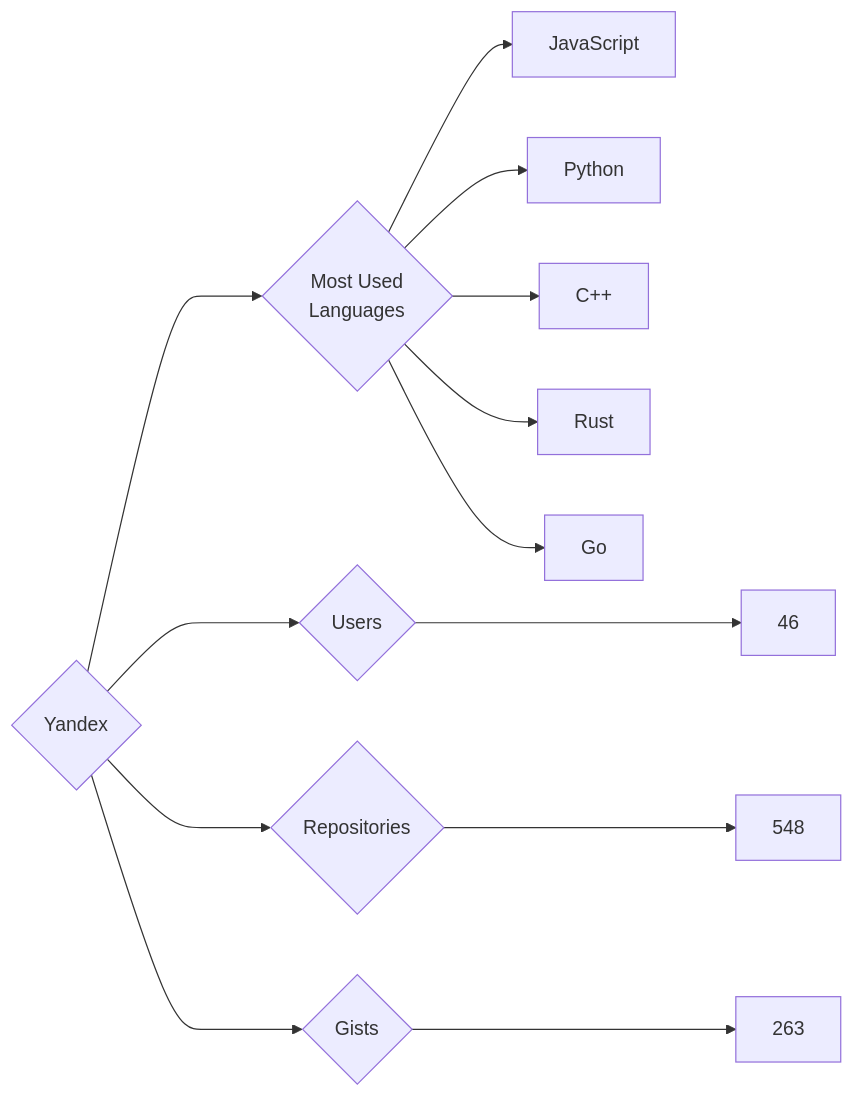
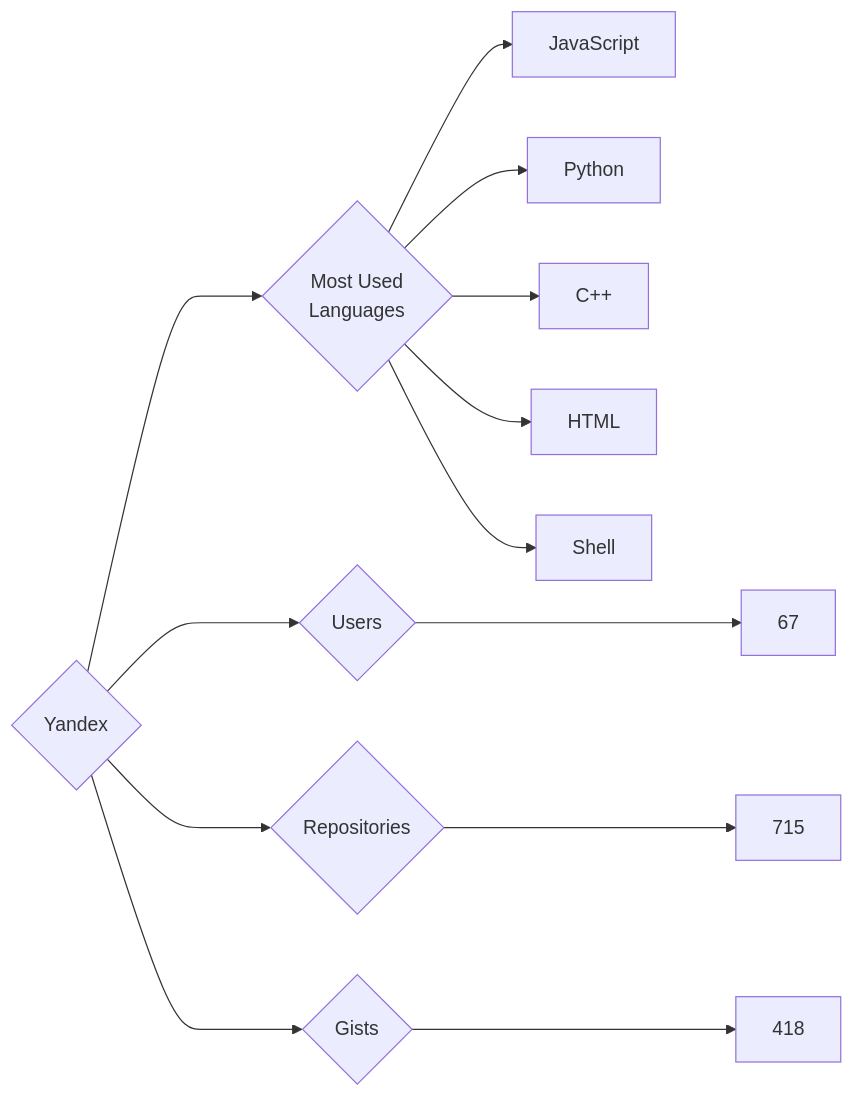
One commit to trickest/insiders changed the diagram in targets/Yandex/README.md. Above: the diagram before and after it, drawn with Mermaid. The commit also changed 964 other files, not shown here.

````diff
--- a/targets/Yandex/README.md
+++ b/targets/Yandex/README.md
@@ -3,13 +3,13 @@
 ```mermaid
 graph LR
 COMPANY_NAME{Yandex}
-COMPANY_NAME ---> U{Users} ---> UN[46]
-COMPANY_NAME ---> R{Repositories} ---> RN[548]
-COMPANY_NAME ---> G{Gists} ---> GN[263]
+COMPANY_NAME ---> U{Users} ---> UN[67]
+COMPANY_NAME ---> R{Repositories} ---> RN[715]
+COMPANY_NAME ---> G{Gists} ---> GN[418]
 COMPANY_NAME ---> ML{Most Used<br>Languages}
 ML --> JavaScript[JavaScript]
 ML --> Python[Python]
 ML --> C++[C++]
-ML --> Rust[Rust]
-ML --> Go[Go]
+ML --> HTML[HTML]
+ML --> Shell[Shell]
 ```
````
